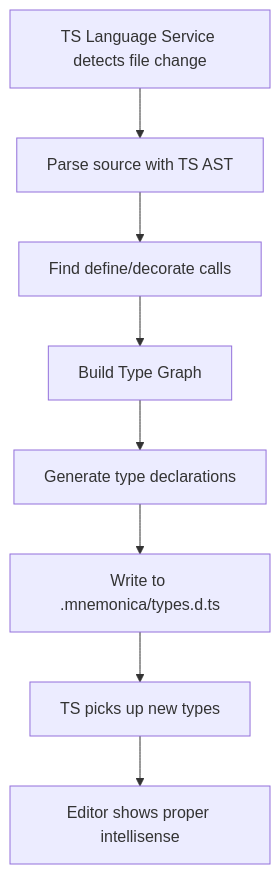
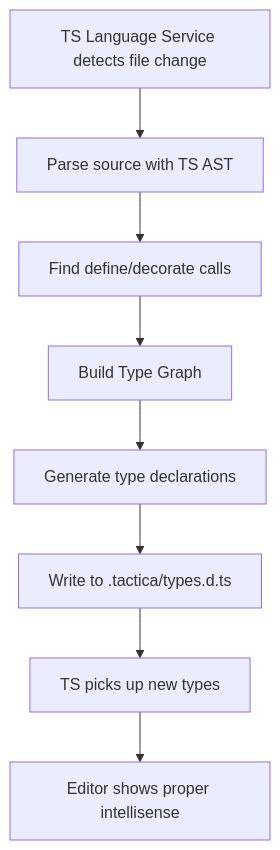
One commit to mythographica/tactica changed the diagram in PLAN.md. Above: the diagram before and after it, drawn with Mermaid. The commit also changed other lines of this file and 337 other files, not shown here.

````diff
--- a/PLAN.md
+++ b/PLAN.md
@@ -132,10 +132,10 @@
 ```mermaid
 flowchart TD
     A[TS Language Service detects file change] --> B[Parse source with TS AST]
     B --> C[Find define/decorate calls]
     C --> D[Build Type Graph]
     D --> E[Generate type declarations]
-    E --> F[Write to .mnemonica/types.d.ts]
+    E --> F[Write to .tactica/types.d.ts]
     F --> G[TS picks up new types]
     G --> H[Editor shows proper intellisense]
 ```
````
